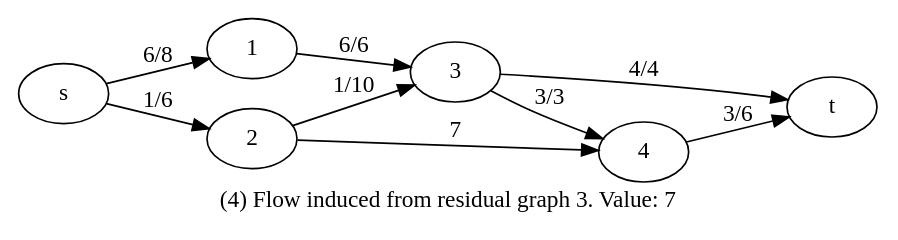
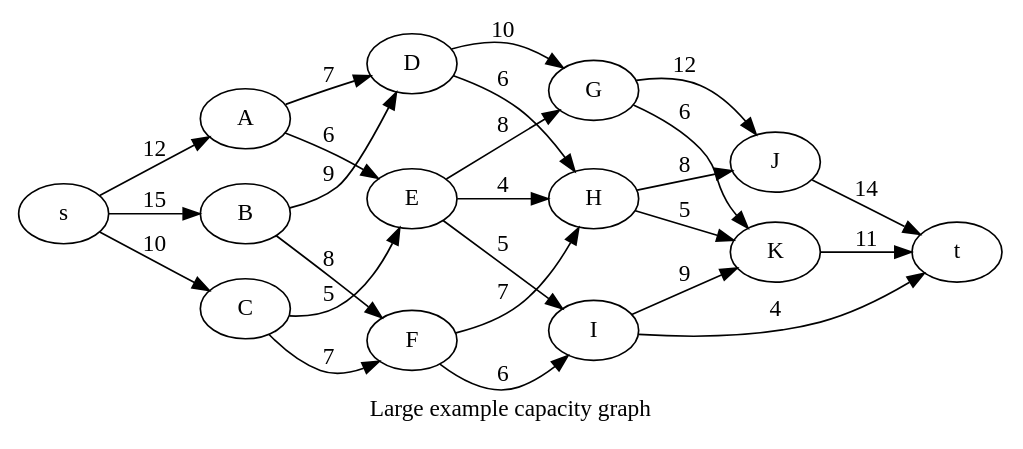
Before and after one commit to raphoRaph/graphs: the diagram in src/main/java/flowNetwork.gv, drawn with Graphviz. The commit also changed other lines of this file and 4 other files, not shown here.

Commit message:
add graph tests

```diff
--- a/src/main/java/flowNetwork.gv
+++ b/src/main/java/flowNetwork.gv
@@ -1,12 +1,39 @@
-digraph flow4 {
-    rankdir ="LR"
-    label ="(4) Flow induced from residual graph 3. Value: 7"
-    s -> 1 [label ="6/8" , len =8]
-    s -> 2 [label ="1/6" , len =6]
-    1 -> 3 [label ="6/6" , len =6]
-    2 -> 3 [label ="1/10" , len =10]
-    2 -> 4 [label=7, len =7]
-    3 -> 4 [label ="3/3" , len =3]
-    3 -> t [label ="4/4" , len =4]
-    4 -> t [label ="3/6" , len =6]
+digraph flow_big {
+    rankdir="LR"
+    label="Large example capacity graph"
+
+    s -> A [label="12", len=12]
+    s -> B [label="15", len=15]
+    s -> C [label="10", len=10]
+
+    A -> D [label="7", len=7]
+    A -> E [label="6", len=6]
+
+    B -> D [label="9", len=9]
+    B -> F [label="8", len=8]
+
+    C -> E [label="5", len=5]
+    C -> F [label="7", len=7]
+
+    D -> G [label="10", len=10]
+    D -> H [label="6", len=6]
+
+    E -> G [label="8", len=8]
+    E -> H [label="4", len=4]
+    E -> I [label="5", len=5]
+
+    F -> H [label="7", len=7]
+    F -> I [label="6", len=6]
+
+    G -> J [label="12", len=12]
+    G -> K [label="6", len=6]
+
+    H -> J [label="8", len=8]
+    H -> K [label="5", len=5]
+
+    I -> K [label="9", len=9]
+    I -> t [label="4", len=4]
+
+    J -> t [label="14", len=14]
+    K -> t [label="11", len=11]
 }
```
